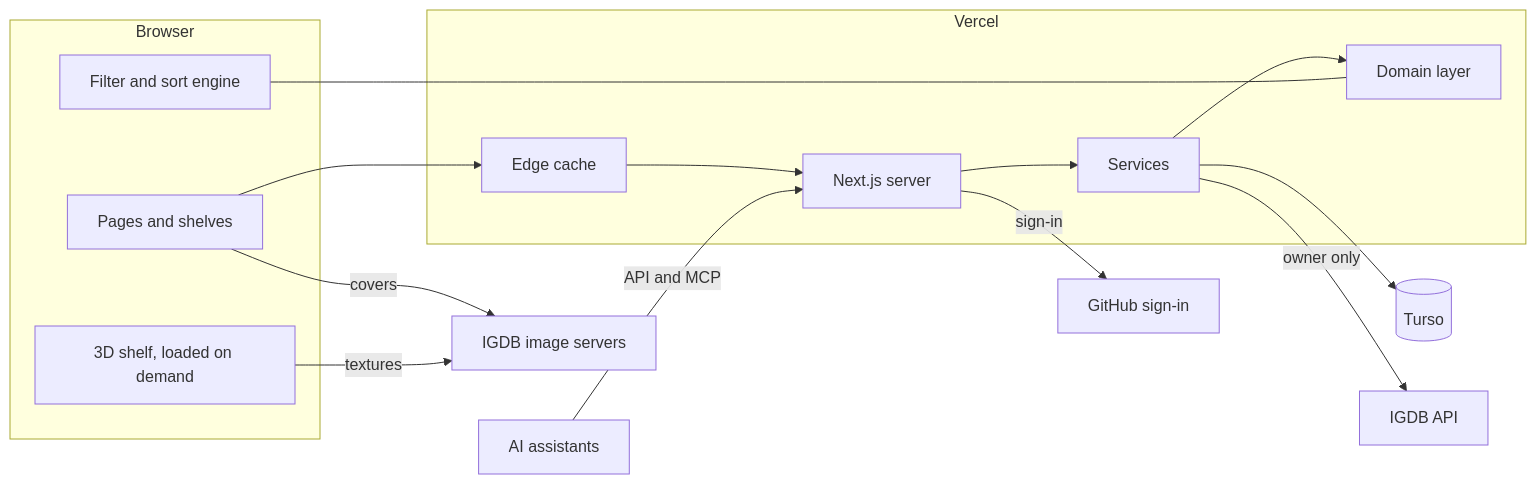
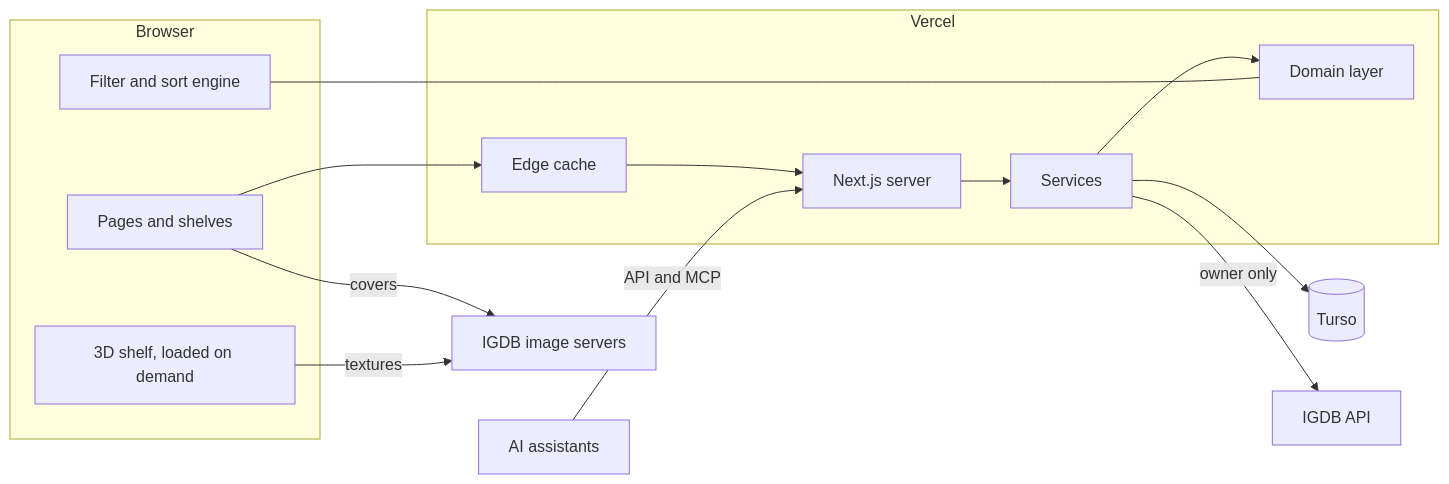
The diagram in docs/architecture.md (ldallacqua/shelf), drawn with Mermaid before and after one commit. The commit also changed other lines of this file and 27 other files, not shown here.

First line of the commit message:
Sign in with an email address and password, not GitHub

````diff
--- a/docs/architecture.md
+++ b/docs/architecture.md
@@ -154,29 +152,27 @@
 ```mermaid
 flowchart LR
   subgraph Browser
     UI[Pages and shelves]
     Engine[Filter and sort engine]
     GL[3D shelf, loaded on demand]
   end
   subgraph Vercel
     CDN[Edge cache]
     App[Next.js server]
     Core[Domain layer]
     Svc[Services]
   end
   DB[(Turso)]
   IGDBAPI[IGDB API]
   IGDBIMG[IGDB image servers]
-  GH[GitHub sign-in]
   AI[AI assistants]
 
   UI --> CDN --> App
   App --> Svc --> Core
   Svc --> DB
   Svc -- owner only --> IGDBAPI
   UI -- covers --> IGDBIMG
   GL -- textures --> IGDBIMG
-  App -- sign-in --> GH
   AI -- API and MCP --> App
   Engine --- Core
 ```
````
